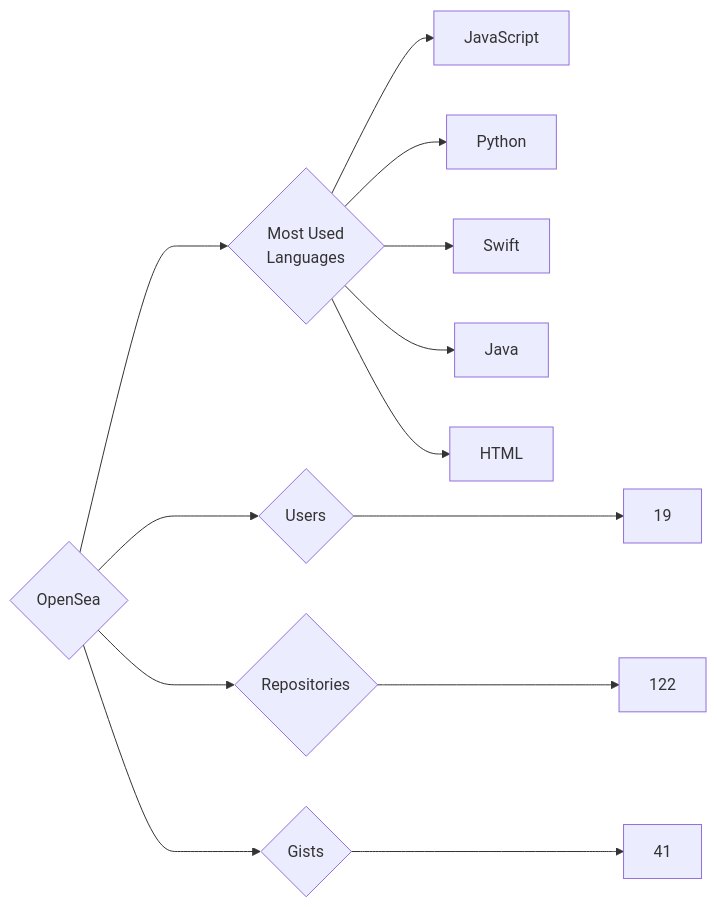
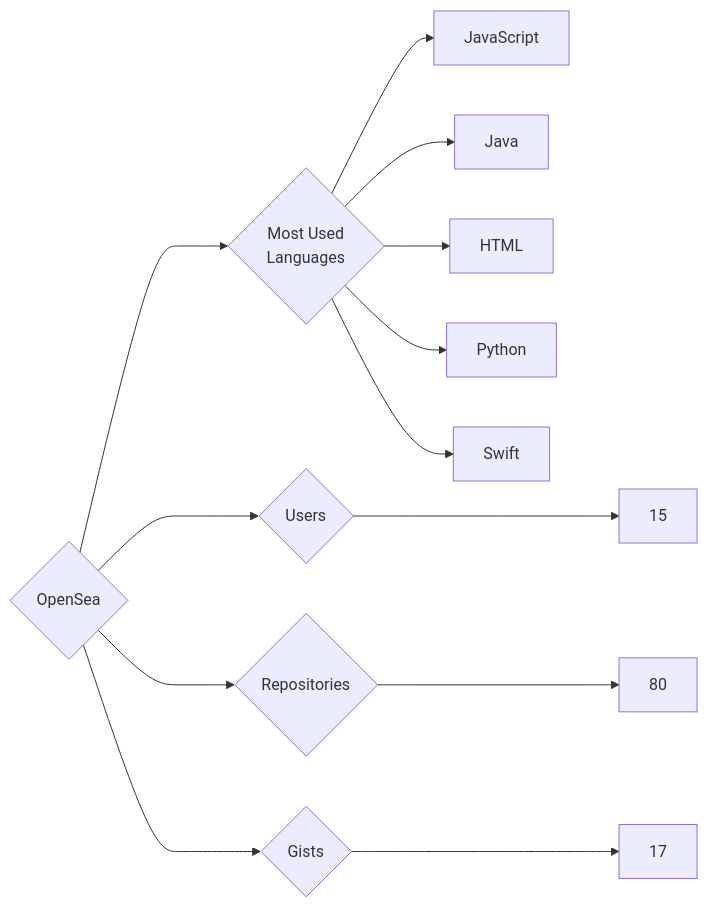
One commit to trickest/insiders changed the diagram in targets/OpenSea/README.md. Above: the diagram before and after it, drawn with Mermaid. The commit also changed 970 other files, not shown here.

````diff
--- a/targets/OpenSea/README.md
+++ b/targets/OpenSea/README.md
@@ -3,13 +3,13 @@
 ```mermaid
 graph LR
 COMPANY_NAME{OpenSea}
-COMPANY_NAME ---> U{Users} ---> UN[19]
-COMPANY_NAME ---> R{Repositories} ---> RN[122]
-COMPANY_NAME ---> G{Gists} ---> GN[41]
+COMPANY_NAME ---> U{Users} ---> UN[15]
+COMPANY_NAME ---> R{Repositories} ---> RN[80]
+COMPANY_NAME ---> G{Gists} ---> GN[17]
 COMPANY_NAME ---> ML{Most Used<br>Languages}
 ML --> JavaScript[JavaScript]
+ML --> Java[Java]
+ML --> HTML[HTML]
 ML --> Python[Python]
 ML --> Swift[Swift]
-ML --> Java[Java]
-ML --> HTML[HTML]
 ```
````
